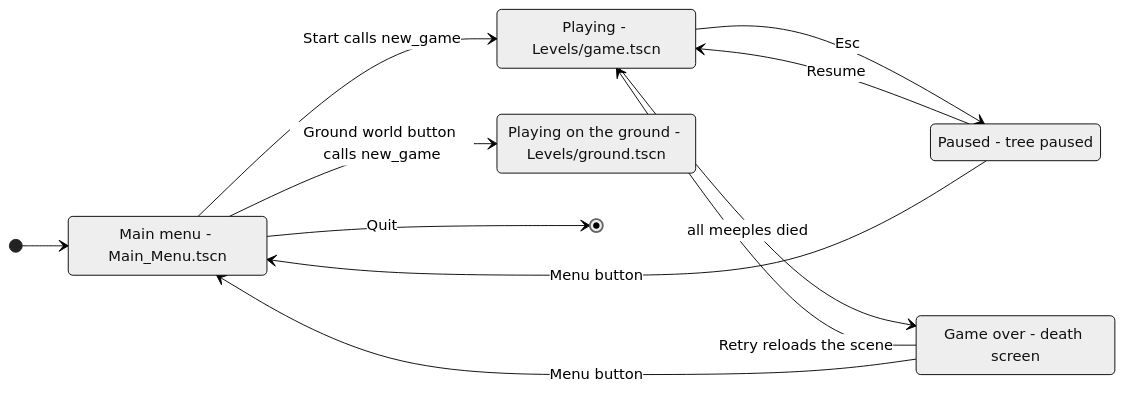
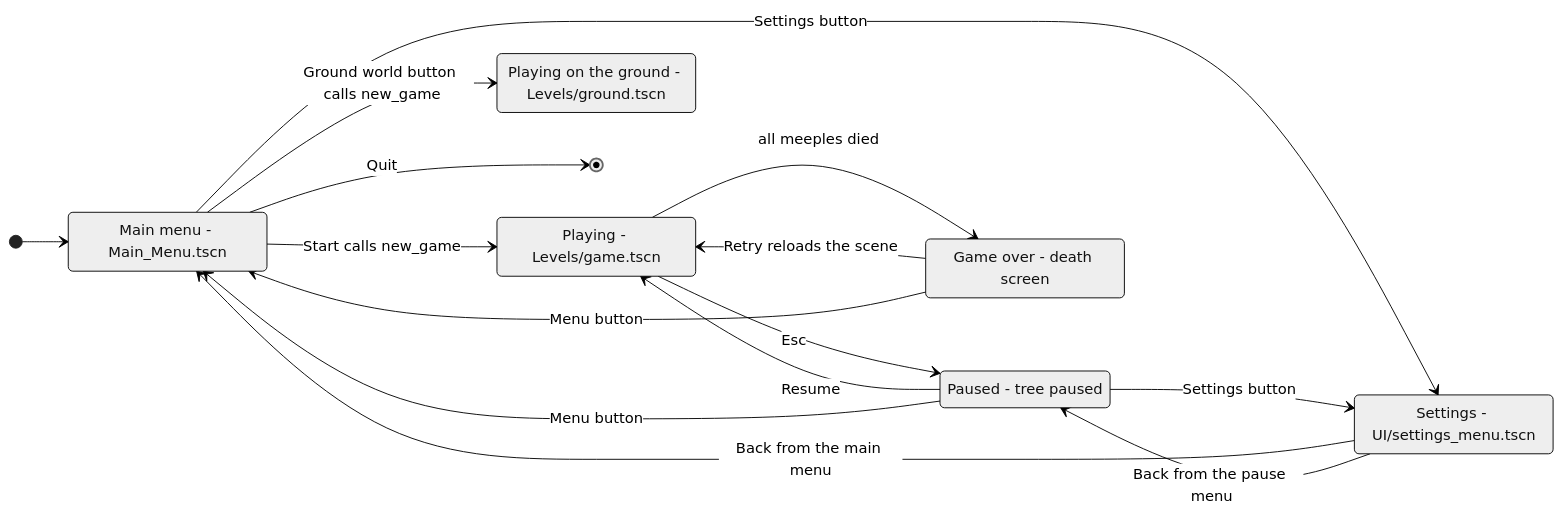
Before and after one commit to Liam-M-Mays/game-jam-2026: the eighth of 11 diagrams in docs/architecture.md, drawn with Mermaid (neutral theme). The commit also changed other lines of this file and 35 other files, not shown here.

First line of the commit message:
Test build: settings menu, new button art and menu polish on top of rework

````diff
--- a/docs/architecture.md
+++ b/docs/architecture.md
@@ -302,20 +303,25 @@
 ```mermaid
 stateDiagram-v2
     direction LR
     MainMenu: Main menu - Main_Menu.tscn
     Playing: Playing - Levels/game.tscn
     Ground: Playing on the ground - Levels/ground.tscn
     Paused: Paused - tree paused
     GameOver: Game over - death screen
+    SettingsScreen: Settings - UI/settings_menu.tscn
 
     [*] --> MainMenu
     MainMenu --> Playing: Start calls new_game
     MainMenu --> Ground: Ground world button calls new_game
     Playing --> Paused: Esc
     Paused --> Playing: Resume
     Paused --> MainMenu: Menu button
+    MainMenu --> SettingsScreen: Settings button
+    Paused --> SettingsScreen: Settings button
+    SettingsScreen --> MainMenu: Back from the main menu
+    SettingsScreen --> Paused: Back from the pause menu
     Playing --> GameOver: all meeples died
     GameOver --> Playing: Retry reloads the scene
     GameOver --> MainMenu: Menu button
     MainMenu --> [*]: Quit
 ```
````
